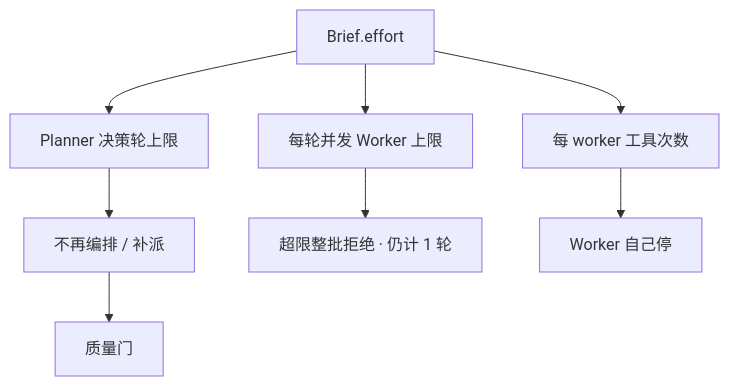
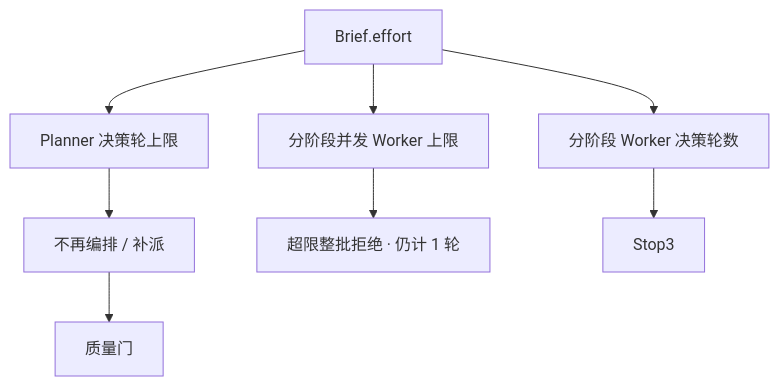
Before and after one commit to ecaps7/Prospector: the fifth of 6 diagrams in docs/design.md, drawn with Mermaid. The commit also changed other lines of this file and 39 other files, not shown here.

````diff
--- a/docs/design.md
+++ b/docs/design.md
@@ -840,10 +845,10 @@
 ```mermaid
 flowchart TD
     E[Brief.effort] --> R[Planner 决策轮上限]
-    E --> C[每轮并发 Worker 上限]
-    E --> W[每 worker 工具次数]
+    E --> C[分阶段并发 Worker 上限]
+    E --> WR[分阶段 Worker 决策轮数]
     R --> Stop1[不再编排 / 补派]
     C --> Stop2[超限整批拒绝 · 仍计 1 轮]
-    W --> Stop3[Worker 自己停]
+    WR --> Stop3
     Stop1 --> G[质量门]
 ```
````
